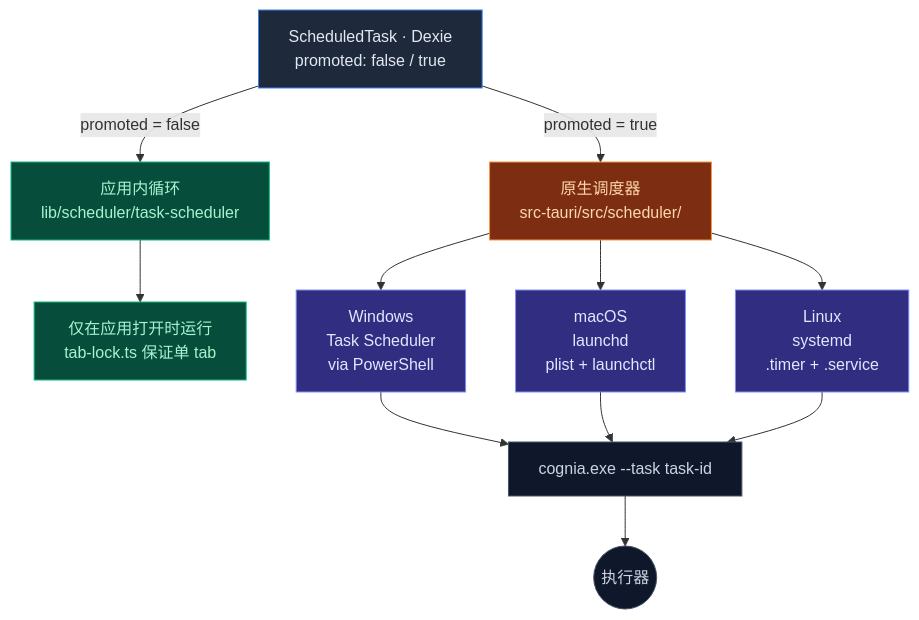
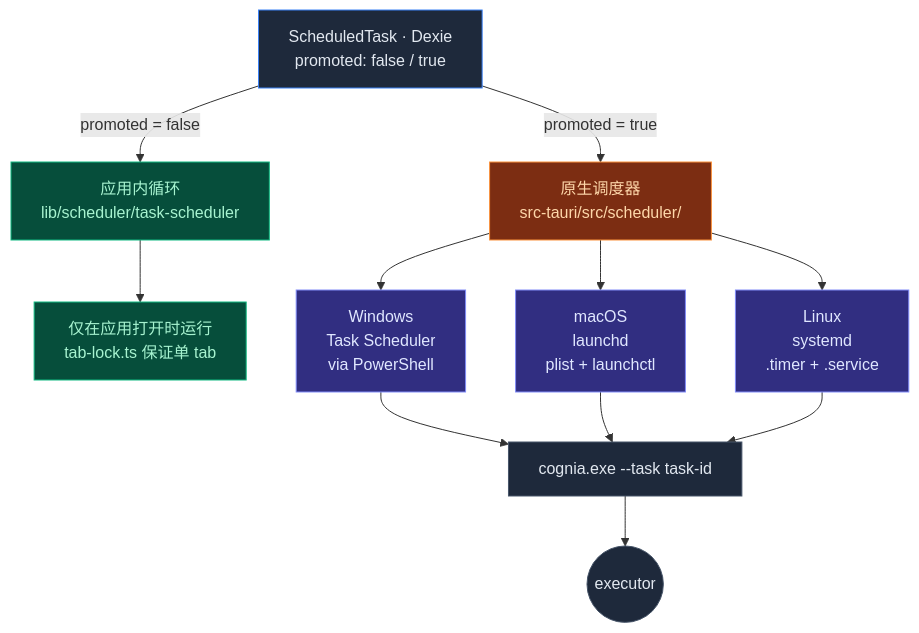
Before and after one commit to MaxQian888/cognia-next: the diagram in docs/content/docs/zh/scheduler.mdx, drawn with Mermaid. The commit also changed other lines of this file and 211 other files, not shown here.

````diff
--- a/docs/content/docs/zh/scheduler.mdx
+++ b/docs/content/docs/zh/scheduler.mdx
@@ -137,28 +137,28 @@
 ```mermaid
 flowchart TB
   T[ScheduledTask · Dexie<br/>promoted: false / true]
   T -->|promoted = false| InApp[应用内循环<br/>lib/scheduler/task-scheduler]
   T -->|promoted = true| Native[原生调度器<br/>src-tauri/src/scheduler/]
 
   InApp --> InAppNote[仅在应用打开时运行<br/>tab-lock.ts 保证单 tab]
 
   Native --> WIN[Windows<br/>Task Scheduler<br/>via PowerShell]
   Native --> MAC[macOS<br/>launchd<br/>plist + launchctl]
   Native --> LIN[Linux<br/>systemd<br/>.timer + .service]
 
   WIN --> CLI[cognia.exe --task task-id]
   MAC --> CLI
   LIN --> CLI
-  CLI --> Exec((执行器))
+  CLI --> Exec((executor))
 
   classDef task fill:#1e293b,stroke:#3b82f6,color:#e2e8f0
   classDef inApp fill:#064e3b,stroke:#10b981,color:#a7f3d0
   classDef native fill:#7c2d12,stroke:#fb923c,color:#fed7aa
   classDef platform fill:#312e81,stroke:#818cf8,color:#e0e7ff
-  classDef terminal fill:#0f172a,stroke:#475569,color:#cbd5e1
+  classDef terminal fill:#1e293b,stroke:#475569,color:#e2e8f0
   class T task
   class InApp,InAppNote inApp
   class Native native
   class WIN,MAC,LIN platform
   class CLI,Exec terminal
 ```
````
